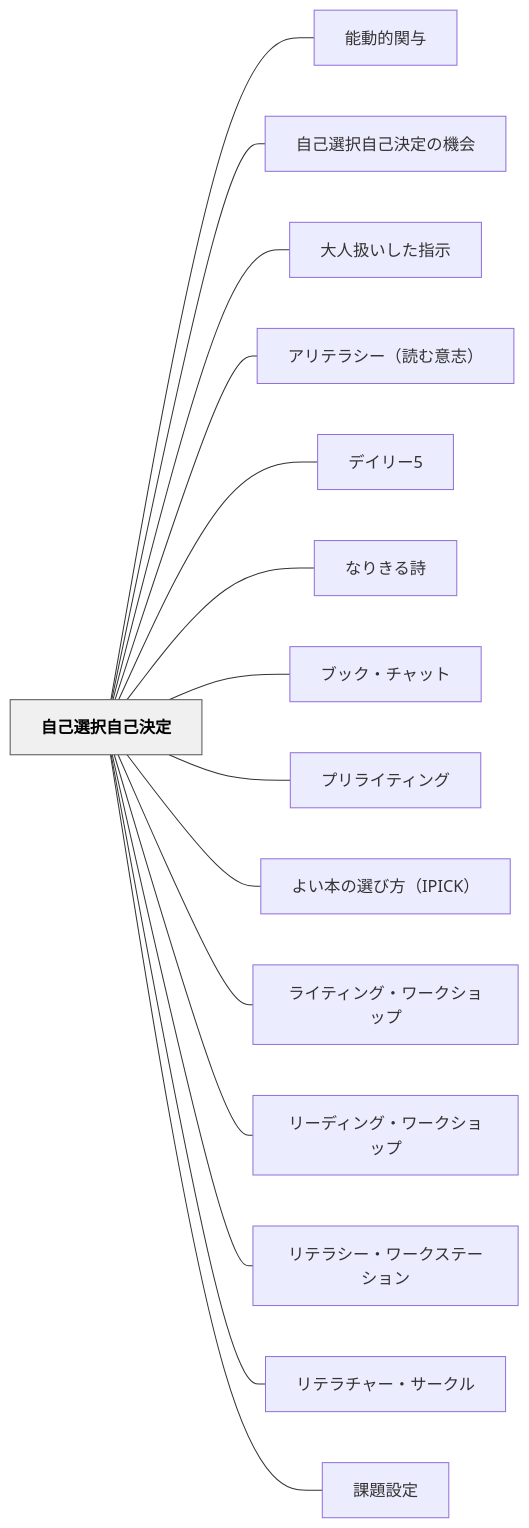
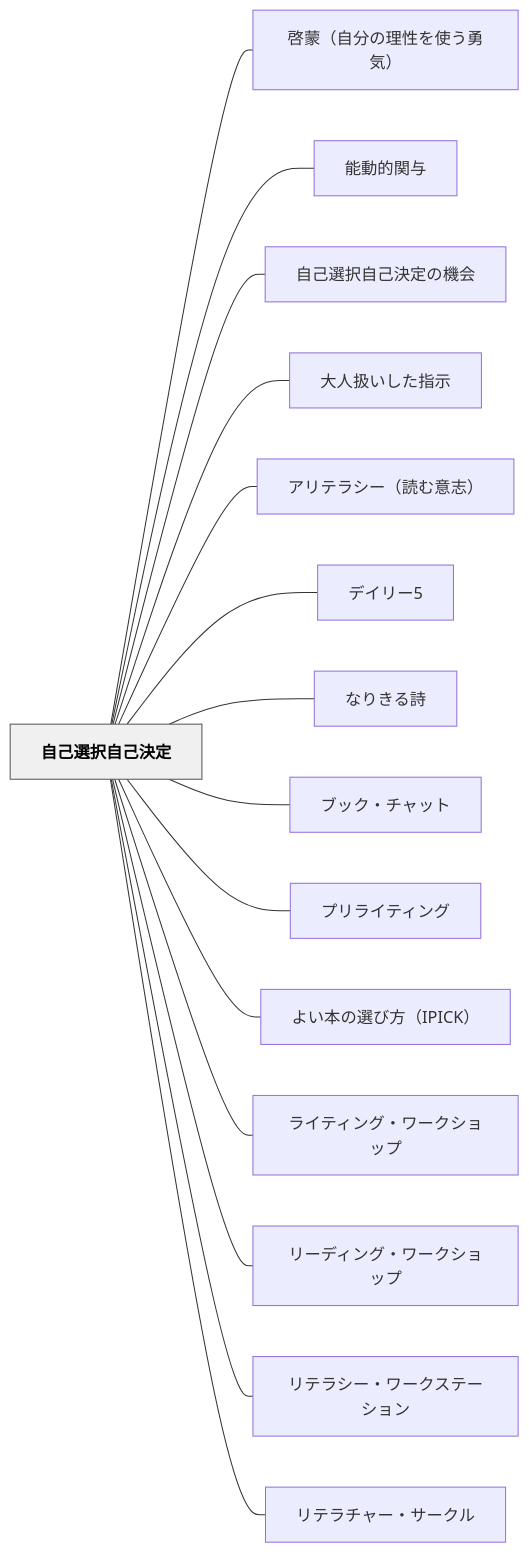
One commit to unknownthings-ed-patterns/unknownthings-ed-patterns changed the diagram in content/パタン/自己選択自己決定.md. Above: the diagram before and after it, drawn with Mermaid. The commit also changed other lines of this file and 16 other files, not shown here.

````diff
--- a/content/パタン/自己選択自己決定.md
+++ b/content/パタン/自己選択自己決定.md
@@ -61,36 +66,36 @@
 ```mermaid
 flowchart LR
     ne887aae5b7b1e981b8e68a9ee887aae5b7b1e6b1bae5ae9a["自己選択自己決定"]
+    ne59593e89299efbc88e887aae58886e381aee79086e680a7e38292e4bdbfe38186e58b87e6b097efbc89["啓蒙（自分の理性を使う勇気）"]
     ne883bde58b95e79a84e996a2e4b88e["能動的関与"]
     ne887aae5b7b1e981b8e68a9ee887aae5b7b1e6b1bae5ae9ae381aee6a99fe4bc9a["自己選択自己決定の機会"]
     ne5a4a7e4babae689b1e38184e38197e3819fe68c87e7a4ba["大人扱いした指示"]
     ne382a2e383aae38386e383a9e382b7e383bcefbc88e8aaade38280e6848fe5bf97efbc89["アリテラシー（読む意志）"]
     ne38387e382a4e383aae383bc35["デイリー5"]
     ne381aae3828ae3818de3828be8a9a9["なりきる詩"]
     ne38396e38383e382afe383bbe38381e383a3e38383e38388["ブック・チャット"]
     ne38397e383aae383a9e382a4e38386e382a3e383b3e382b0["プリライティング"]
     ne38288e38184e69cace381aee981b8e381b3e696b9efbc88495049434befbc89["よい本の選び方（IPICK）"]
     ne383a9e382a4e38386e382a3e383b3e382b0e383bbe383afe383bce382afe382b7e383a7e38383e38397["ライティング・ワークショップ"]
     ne383aae383bce38387e382a3e383b3e382b0e383bbe383afe383bce382afe382b7e383a7e38383e38397["リーディング・ワークショップ"]
     ne383aae38386e383a9e382b7e383bce383bbe383afe383bce382afe382b9e38386e383bce382b7e383a7e383b3["リテラシー・ワークステーション"]
     ne383aae38386e383a9e38381e383a3e383bce383bbe382b5e383bce382afe383ab["リテラチャー・サークル"]
-    ne8aab2e9a18ce8a8ade5ae9a["課題設定"]
 
+    ne887aae5b7b1e981b8e68a9ee887aae5b7b1e6b1bae5ae9a --- ne59593e89299efbc88e887aae58886e381aee79086e680a7e38292e4bdbfe38186e58b87e6b097efbc89
     ne887aae5b7b1e981b8e68a9ee887aae5b7b1e6b1bae5ae9a --- ne883bde58b95e79a84e996a2e4b88e
     ne887aae5b7b1e981b8e68a9ee887aae5b7b1e6b1bae5ae9a --- ne887aae5b7b1e981b8e68a9ee887aae5b7b1e6b1bae5ae9ae381aee6a99fe4bc9a
     ne887aae5b7b1e981b8e68a9ee887aae5b7b1e6b1bae5ae9a --- ne5a4a7e4babae689b1e38184e38197e3819fe68c87e7a4ba
     ne887aae5b7b1e981b8e68a9ee887aae5b7b1e6b1bae5ae9a --- ne382a2e383aae38386e383a9e382b7e383bcefbc88e8aaade38280e6848fe5bf97efbc89
     ne887aae5b7b1e981b8e68a9ee887aae5b7b1e6b1bae5ae9a --- ne38387e382a4e383aae383bc35
     ne887aae5b7b1e981b8e68a9ee887aae5b7b1e6b1bae5ae9a --- ne381aae3828ae3818de3828be8a9a9
     ne887aae5b7b1e981b8e68a9ee887aae5b7b1e6b1bae5ae9a --- ne38396e38383e382afe383bbe38381e383a3e38383e38388
     ne887aae5b7b1e981b8e68a9ee887aae5b7b1e6b1bae5ae9a --- ne38397e383aae383a9e382a4e38386e382a3e383b3e382b0
     ne887aae5b7b1e981b8e68a9ee887aae5b7b1e6b1bae5ae9a --- ne38288e38184e69cace381aee981b8e381b3e696b9efbc88495049434befbc89
     ne887aae5b7b1e981b8e68a9ee887aae5b7b1e6b1bae5ae9a --- ne383a9e382a4e38386e382a3e383b3e382b0e383bbe383afe383bce382afe382b7e383a7e38383e38397
     ne887aae5b7b1e981b8e68a9ee887aae5b7b1e6b1bae5ae9a --- ne383aae383bce38387e382a3e383b3e382b0e383bbe383afe383bce382afe382b7e383a7e38383e38397
     ne887aae5b7b1e981b8e68a9ee887aae5b7b1e6b1bae5ae9a --- ne383aae38386e383a9e382b7e383bce383bbe383afe383bce382afe382b9e38386e383bce382b7e383a7e383b3
     ne887aae5b7b1e981b8e68a9ee887aae5b7b1e6b1bae5ae9a --- ne383aae38386e383a9e38381e383a3e383bce383bbe382b5e383bce382afe383ab
-    ne887aae5b7b1e981b8e68a9ee887aae5b7b1e6b1bae5ae9a --- ne8aab2e9a18ce8a8ade5ae9a
 
     classDef hub fill:#f0f0f0,stroke:#555,color:#000,font-weight:bold
     class ne887aae5b7b1e981b8e68a9ee887aae5b7b1e6b1bae5ae9a hub
 ```
````
